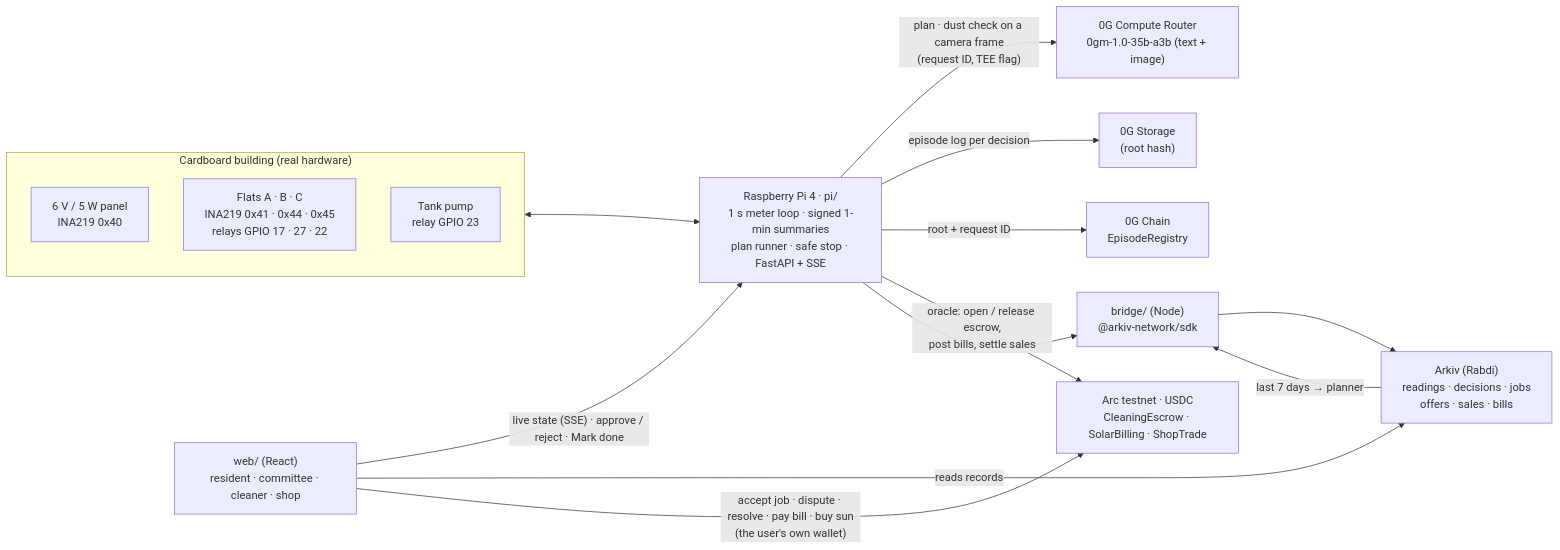
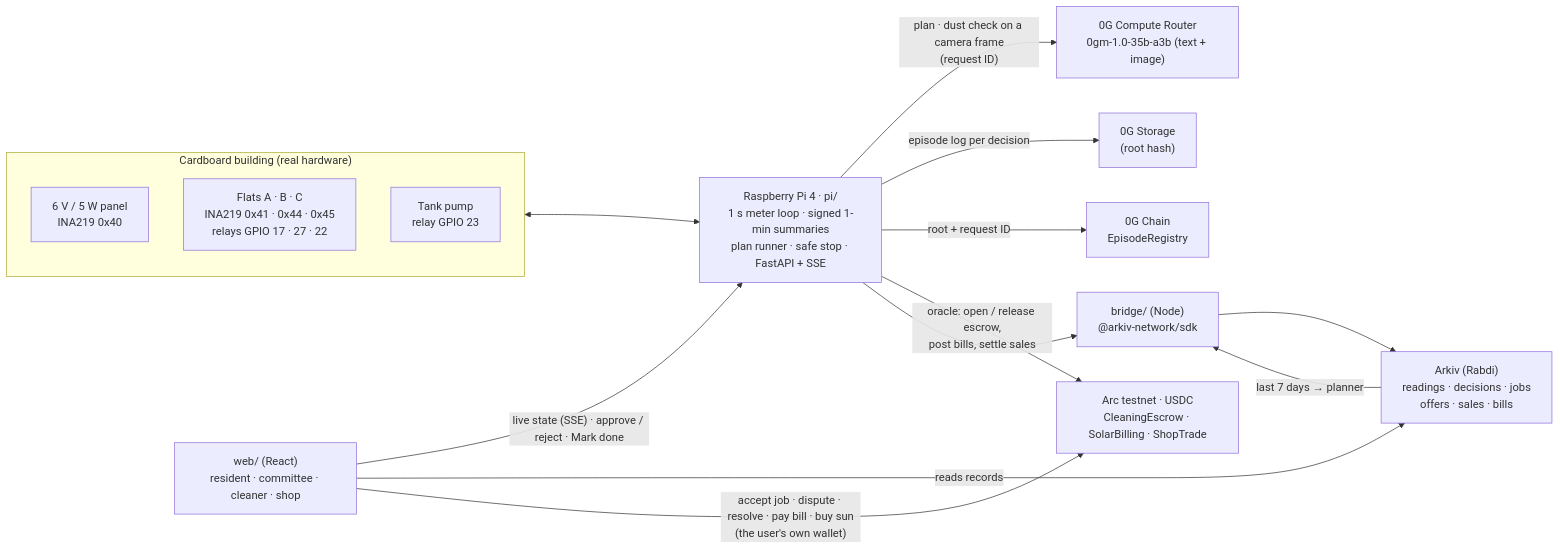
One commit to Om-Salunkhe/Dynaura changed the diagram in README.md. Above: the diagram before and after it, drawn with Mermaid. The commit also changed other lines of this file and 3 other files, not shown here.

````diff
--- a/README.md
+++ b/README.md
@@ -50,20 +50,20 @@
 ```mermaid
 flowchart LR
   subgraph B["Cardboard building (real hardware)"]
     P["6 V / 5 W panel<br/>INA219 0x40"]
     F["Flats A · B · C<br/>INA219 0x41 · 0x44 · 0x45<br/>relays GPIO 17 · 27 · 22"]
     W["Tank pump<br/>relay GPIO 23"]
   end
   Pi["Raspberry Pi 4 · pi/<br/>1 s meter loop · signed 1-min summaries<br/>plan runner · safe stop · FastAPI + SSE"]
   B <--> Pi
-  Pi -- "plan · dust check on a camera frame<br/>(request ID, TEE flag)" --> ZC["0G Compute Router<br/>0gm-1.0-35b-a3b (text + image)"]
+  Pi -- "plan · dust check on a camera frame<br/>(request ID)" --> ZC["0G Compute Router<br/>0gm-1.0-35b-a3b (text + image)"]
   Pi -- "episode log per decision" --> ZS["0G Storage<br/>(root hash)"]
   Pi -- "root + request ID" --> ZR["0G Chain<br/>EpisodeRegistry"]
   Pi -- "oracle: open / release escrow,<br/>post bills, settle sales" --> Arc["Arc testnet · USDC<br/>CleaningEscrow · SolarBilling · ShopTrade"]
   Pi --> Br["bridge/ (Node)<br/>@arkiv-network/sdk"]
   Br --> Ak["Arkiv (Rabdi)<br/>readings · decisions · jobs<br/>offers · sales · bills"]
   Ak -- "last 7 days → planner" --> Br
   Web["web/ (React)<br/>resident · committee · cleaner · shop"] -- "live state (SSE) · approve / reject · Mark done" --> Pi
   Web -- "reads records" --> Ak
   Web -- "accept job · dispute · resolve · pay bill · buy sun<br/>(the user's own wallet)" --> Arc
 ```
````
